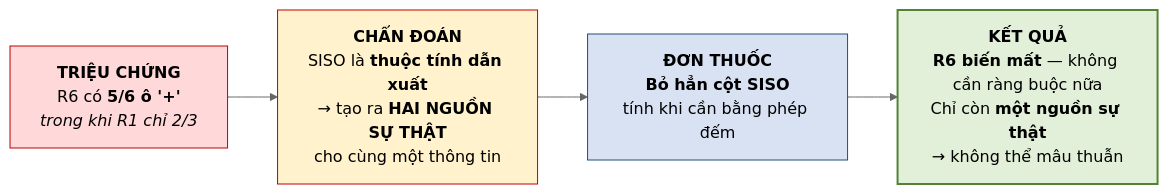
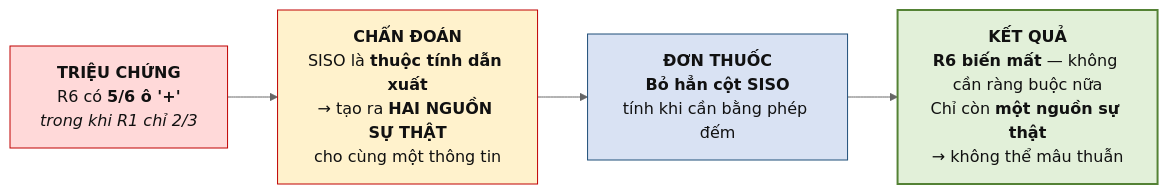
Before and after one commit to CuongNguyenDAU/csdl-dbs201: the second of 2 diagrams in docs/chuong-4/4-7-thuc-hanh-phat-hien-rang-buoc-toan-ven.md, drawn with Mermaid (neutral theme). The commit also changed other lines of this file and 123 other files, not shown here.

Commit message:
Cập nhật bài giảng v7: sơ đồ ER ký pháp Chen, hình minh họa tự vẽ, mở rộng toàn diện Chương 5 và bổ sung lời giải A4, B5

````diff
--- a/docs/chuong-4/4-7-thuc-hanh-phat-hien-rang-buoc-toan-ven.md
+++ b/docs/chuong-4/4-7-thuc-hanh-phat-hien-rang-buoc-toan-ven.md
@@ -99,11 +95,11 @@
 ```mermaid
 flowchart LR
     S["<b>TRIỆU CHỨNG</b><br/>R6 có <b>5/6 ô '+'</b><br/><i>trong khi R1 chỉ 2/3</i>"]
     S --> D["<b>CHẨN ĐOÁN</b><br/>SISO là <b>thuộc tính dẫn xuất</b><br/>→ tạo ra <b>HAI NGUỒN SỰ THẬT</b><br/>cho cùng một thông tin"]
     D --> T["<b>ĐƠN THUỐC</b><br/><b>Bỏ hẳn cột SISO</b><br/>tính khi cần bằng phép đếm"]
     T --> K["<b>KẾT QUẢ</b><br/><b>R6 biến mất</b> — không cần ràng buộc nữa<br/>Chỉ còn <b>một nguồn sự thật</b><br/>→ không thể mâu thuẫn"]
-    style S fill:#FFD9D9,stroke:#C00000
-    style D fill:#FFF2CC,stroke:#C00000
-    style T fill:#D9E2F3,stroke:#1F4E79
-    style K fill:#E2F0D9,stroke:#548235,stroke-width:2px
+    style S fill:#FFD9D9,stroke:#C00000,color:#111111
+    style D fill:#FFF2CC,stroke:#C00000,color:#111111
+    style T fill:#D9E2F3,stroke:#1F4E79,color:#111111
+    style K fill:#E2F0D9,stroke:#548235,stroke-width:2px,color:#111111
 ```
````
